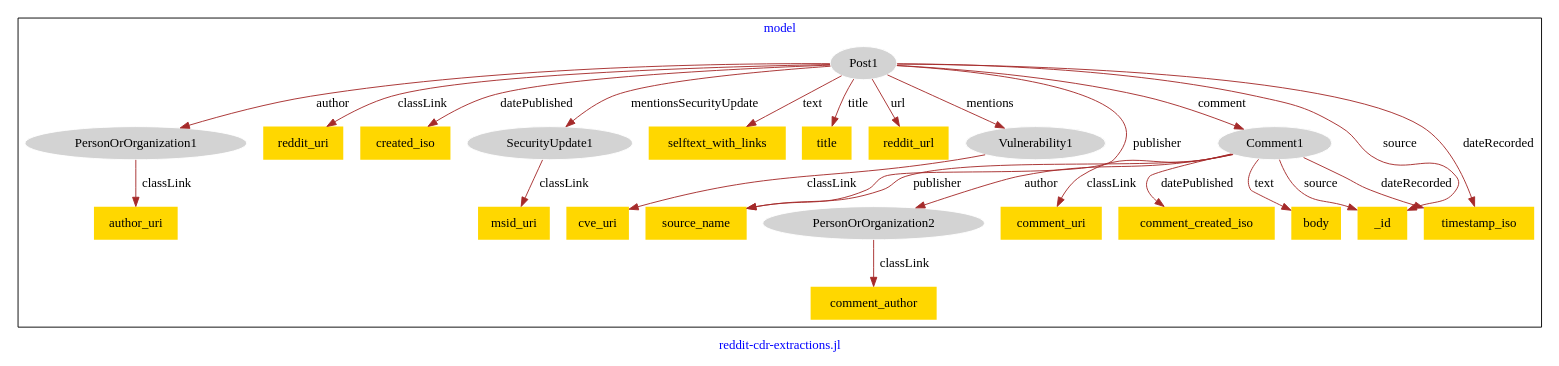
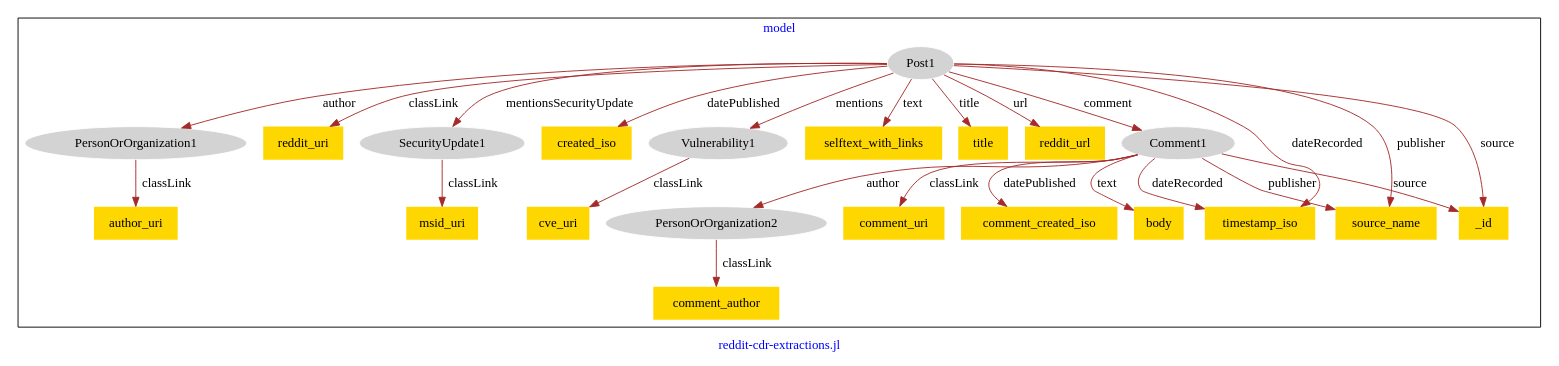
Before and after one commit to usc-isi-i2/effect-alignment: the diagram in models/hg-reddit/hg-reddit-model.dot, drawn with Graphviz.

Commit message:
Update file hg-reddit-model.dot

```diff
--- a/models/hg-reddit/hg-reddit-model.dot
+++ b/models/hg-reddit/hg-reddit-model.dot
@@ -1,52 +1,52 @@
 digraph n0 {
 fontcolor="blue"
 remincross="true"
 label="reddit-cdr-extractions.jl"
 subgraph cluster {
 label="model"
 n2[style="filled",color="white",fillcolor="lightgray",label="PersonOrOrganization1"];
 n3[shape="plaintext",style="filled",fillcolor="gold",label="author_uri"];
 n4[style="filled",color="white",fillcolor="lightgray",label="PersonOrOrganization2"];
 n5[shape="plaintext",style="filled",fillcolor="gold",label="comment_author"];
 n6[style="filled",color="white",fillcolor="lightgray",label="Post1"];
 n7[shape="plaintext",style="filled",fillcolor="gold",label="reddit_uri"];
-n8[shape="plaintext",style="filled",fillcolor="gold",label="created_iso"];
-n9[shape="plaintext",style="filled",fillcolor="gold",label="source_name"];
-n10[shape="plaintext",style="filled",fillcolor="gold",label="selftext_with_links"];
-n11[shape="plaintext",style="filled",fillcolor="gold",label="title"];
-n12[shape="plaintext",style="filled",fillcolor="gold",label="reddit_url"];
-n13[style="filled",color="white",fillcolor="lightgray",label="SecurityUpdate1"];
+n8[style="filled",color="white",fillcolor="lightgray",label="SecurityUpdate1"];
+n9[shape="plaintext",style="filled",fillcolor="gold",label="created_iso"];
+n10[style="filled",color="white",fillcolor="lightgray",label="Vulnerability1"];
+n11[shape="plaintext",style="filled",fillcolor="gold",label="selftext_with_links"];
+n12[shape="plaintext",style="filled",fillcolor="gold",label="title"];
+n13[shape="plaintext",style="filled",fillcolor="gold",label="reddit_url"];
 n14[shape="plaintext",style="filled",fillcolor="gold",label="msid_uri"];
-n15[style="filled",color="white",fillcolor="lightgray",label="Vulnerability1"];
-n16[shape="plaintext",style="filled",fillcolor="gold",label="cve_uri"];
-n17[style="filled",color="white",fillcolor="lightgray",label="Comment1"];
-n18[shape="plaintext",style="filled",fillcolor="gold",label="comment_uri"];
-n19[shape="plaintext",style="filled",fillcolor="gold",label="comment_created_iso"];
-n20[shape="plaintext",style="filled",fillcolor="gold",label="body"];
+n15[shape="plaintext",style="filled",fillcolor="gold",label="cve_uri"];
+n16[style="filled",color="white",fillcolor="lightgray",label="Comment1"];
+n17[shape="plaintext",style="filled",fillcolor="gold",label="comment_uri"];
+n18[shape="plaintext",style="filled",fillcolor="gold",label="comment_created_iso"];
+n19[shape="plaintext",style="filled",fillcolor="gold",label="body"];
+n20[shape="plaintext",style="filled",fillcolor="gold",label="_id"];
 n21[shape="plaintext",style="filled",fillcolor="gold",label="timestamp_iso"];
-n22[shape="plaintext",style="filled",fillcolor="gold",label="_id"];
+n22[shape="plaintext",style="filled",fillcolor="gold",label="source_name"];
 }
 n2 -> n3[color="brown",fontcolor="black",label="classLink"]
 n4 -> n5[color="brown",fontcolor="black",label="classLink"]
 n6 -> n7[color="brown",fontcolor="black",label="classLink"]
-n6 -> n8[color="brown",fontcolor="black",label="datePublished"]
-n6 -> n9[color="brown",fontcolor="black",label="publisher"]
-n6 -> n10[color="brown",fontcolor="black",label="text"]
-n6 -> n11[color="brown",fontcolor="black",label="title"]
-n6 -> n12[color="brown",fontcolor="black",label="url"]
-n13 -> n14[color="brown",fontcolor="black",label="classLink"]
-n15 -> n16[color="brown",fontcolor="black",label="classLink"]
-n17 -> n18[color="brown",fontcolor="black",label="classLink"]
-n17 -> n19[color="brown",fontcolor="black",label="datePublished"]
-n17 -> n9[color="brown",fontcolor="black",label="publisher"]
-n17 -> n20[color="brown",fontcolor="black",label="text"]
-n17 -> n21[color="brown",fontcolor="black",label="dateRecorded"]
-n6 -> n13[color="brown",fontcolor="black",label="mentionsSecurityUpdate"]
+n6 -> n8[color="brown",fontcolor="black",label="mentionsSecurityUpdate"]
 n6 -> n2[color="brown",fontcolor="black",label="author"]
-n17 -> n4[color="brown",fontcolor="black",label="author"]
-n6 -> n22[color="brown",fontcolor="black",label="source"]
+n6 -> n9[color="brown",fontcolor="black",label="datePublished"]
+n6 -> n10[color="brown",fontcolor="black",label="mentions"]
+n6 -> n11[color="brown",fontcolor="black",label="text"]
+n6 -> n12[color="brown",fontcolor="black",label="title"]
+n6 -> n13[color="brown",fontcolor="black",label="url"]
+n8 -> n14[color="brown",fontcolor="black",label="classLink"]
+n10 -> n15[color="brown",fontcolor="black",label="classLink"]
+n16 -> n17[color="brown",fontcolor="black",label="classLink"]
+n16 -> n4[color="brown",fontcolor="black",label="author"]
+n16 -> n18[color="brown",fontcolor="black",label="datePublished"]
+n16 -> n19[color="brown",fontcolor="black",label="text"]
+n6 -> n20[color="brown",fontcolor="black",label="source"]
+n16 -> n21[color="brown",fontcolor="black",label="dateRecorded"]
+n16 -> n22[color="brown",fontcolor="black",label="publisher"]
 n6 -> n21[color="brown",fontcolor="black",label="dateRecorded"]
-n6 -> n15[color="brown",fontcolor="black",label="mentions"]
-n6 -> n17[color="brown",fontcolor="black",label="comment"]
-n17 -> n22[color="brown",fontcolor="black",label="source"]
+n6 -> n22[color="brown",fontcolor="black",label="publisher"]
+n6 -> n16[color="brown",fontcolor="black",label="comment"]
+n16 -> n20[color="brown",fontcolor="black",label="source"]
 }
```
